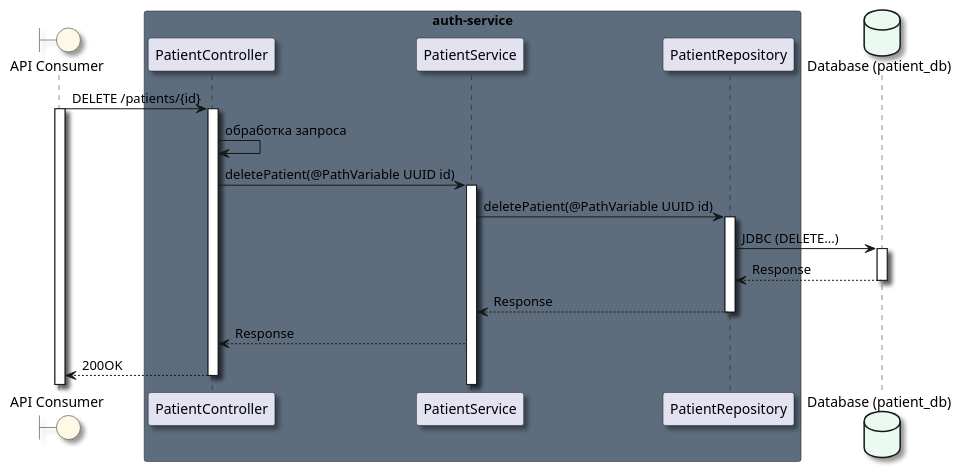
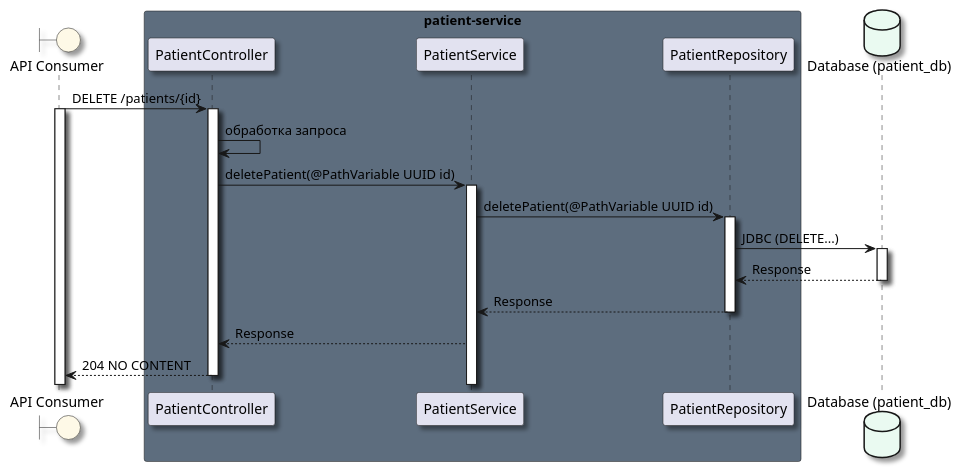
The diagram in Docs/As-is/Diagrams/DELETE.patients.id.puml (ni1a207/Healthcare-System), drawn with PlantUML before and after one commit. The commit also changed 14 other files, not shown here.

```diff
--- a/Docs/As-is/Diagrams/DELETE.patients.id.puml
+++ b/Docs/As-is/Diagrams/DELETE.patients.id.puml
@@ -1,35 +1,35 @@
 @startuml
 skinparam Shadowing true
 skinparam RoundCorner 5
 skinparam MaxMessageSize 250
 
 boundary "API Consumer" as ac #FEF9E7
 
-box "auth-service" #5D6D7E
+box "patient-service" #5D6D7E
     participant "PatientController" as pc
     participant "PatientService" as ps
     participant "PatientRepository" as pr
 end box
 
 database "Database (patient_db)" as db #EAFAF1
 
 
 ac->pc++: DELETE /patients/{id}
 ac++
 pc->pc: обработка запроса
 pc->ps: deletePatient(@PathVariable UUID id)
 ps++
 ps->pr: deletePatient(@PathVariable UUID id)
 pr++
 
 pr->db++: JDBC (DELETE...)
 db-->pr: Response
 db--
 pr-->ps: Response
 pr--
 ps-->pc: Response
-pc-->ac:200OK
+pc-->ac:204 NO CONTENT
 pc--
 
 
 @enduml
```
